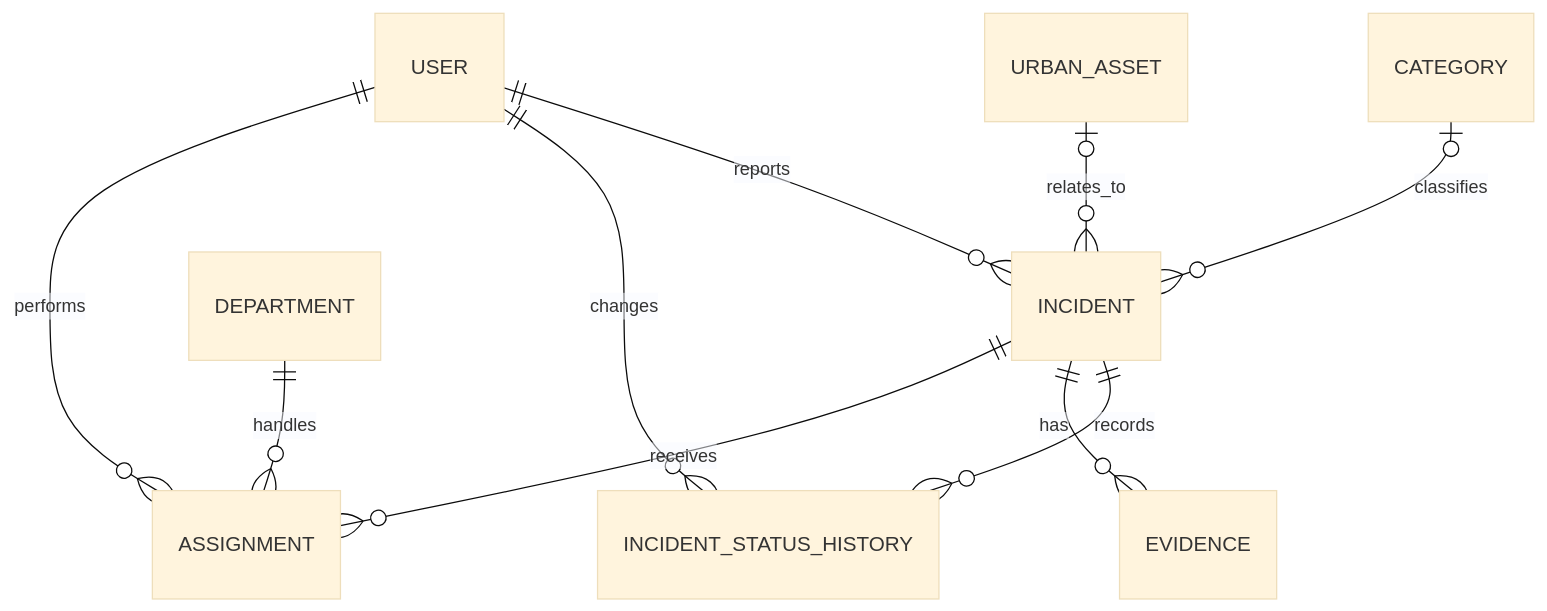
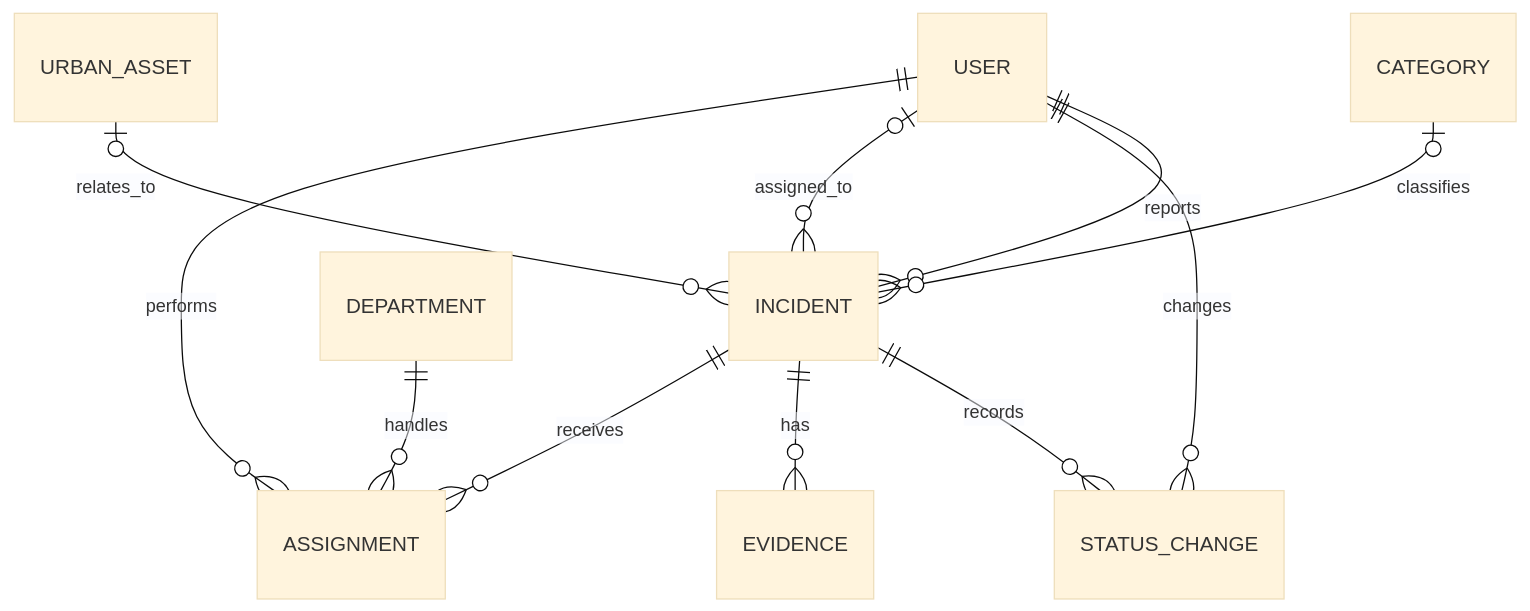
Before and after one commit to grupo-14-UMA/urbanpulse-incident-manager: the third of 3 diagrams in docs/architecture.md, drawn with Mermaid (base theme). The commit also changed other lines of this file and 7 other files, not shown here.

Commit message:
docs: document incident lifecycle in ADR-0018, glossary and architecture

````diff
--- a/docs/architecture.md
+++ b/docs/architecture.md
@@ -162,12 +170,13 @@
 ```mermaid
 erDiagram
     USER ||--o{ INCIDENT : reports
     CATEGORY o|--o{ INCIDENT : classifies
-    INCIDENT ||--o{ INCIDENT_STATUS_HISTORY : records
-    USER ||--o{ INCIDENT_STATUS_HISTORY : changes
+    INCIDENT ||--o{ STATUS_CHANGE : records
+    USER ||--o{ STATUS_CHANGE : changes
+    USER o|--o{ INCIDENT : assigned_to
     INCIDENT ||--o{ EVIDENCE : has
     INCIDENT ||--o{ ASSIGNMENT : receives
     DEPARTMENT ||--o{ ASSIGNMENT : handles
     USER ||--o{ ASSIGNMENT : performs
     URBAN_ASSET o|--o{ INCIDENT : relates_to
 ```
````
